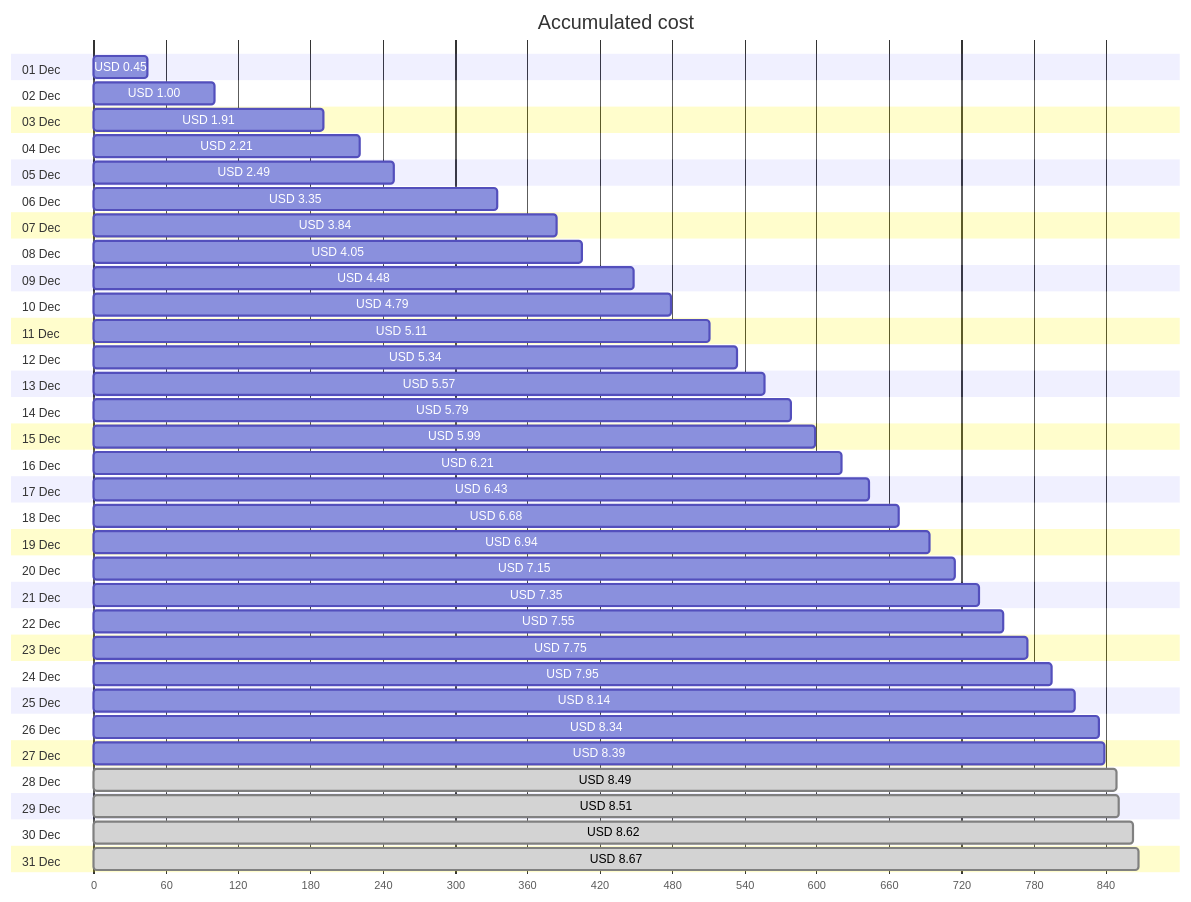
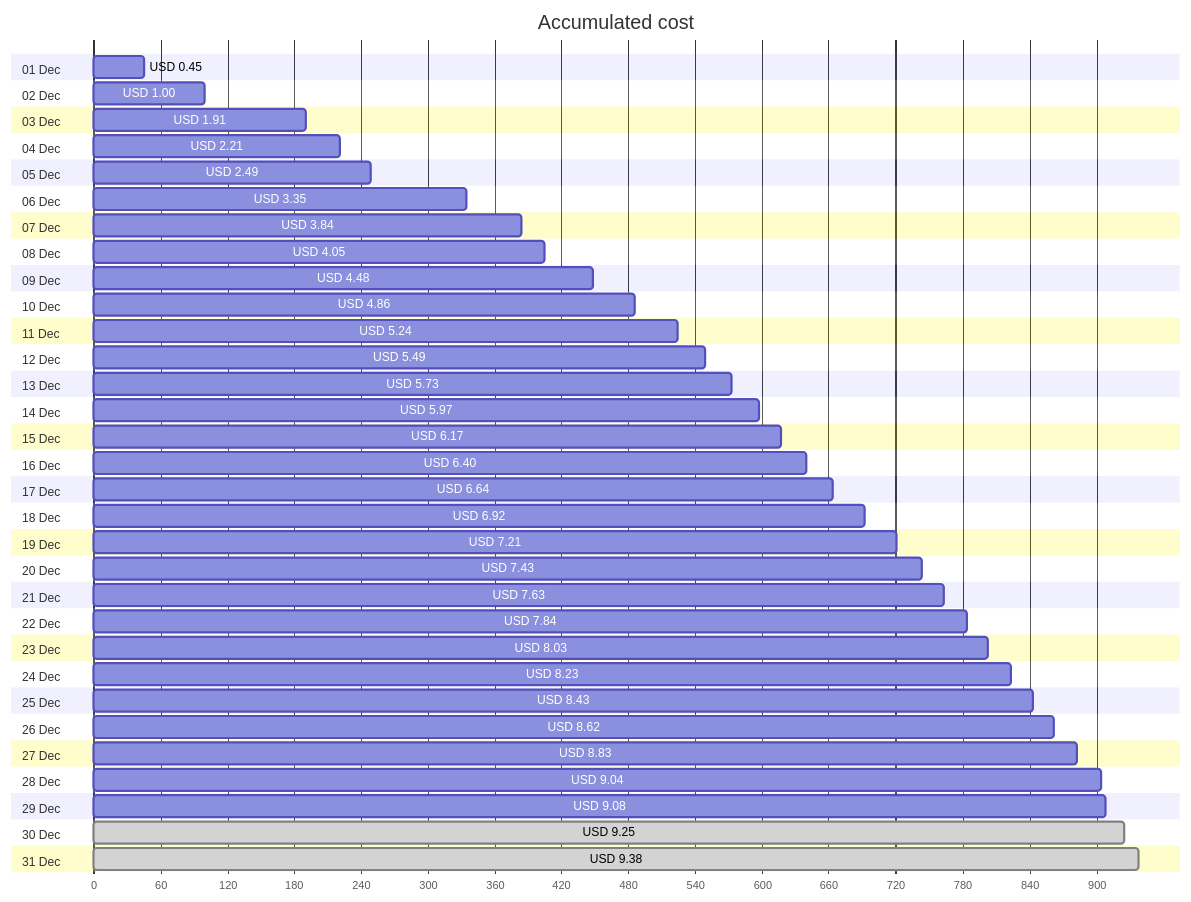
The first of 4 diagrams in cost-reports/personal-network/vpn-server.md (jpfulton/azure-personal-reports), drawn with Mermaid before and after one commit. The commit also changed other lines of this file and 8 other files, not shown here.

````diff
--- a/cost-reports/personal-network/vpn-server.md
+++ b/cost-reports/personal-network/vpn-server.md
@@ -20,68 +20,68 @@
 ```mermaid
 gantt
    title Accumulated cost
    dateFormat  X
    axisFormat %s
    section 01 Dec
    USD 0.45 :0, 45
    section 02 Dec
    USD 1.00 :0, 100
    section 03 Dec
    USD 1.91 :0, 191
    section 04 Dec
    USD 2.21 :0, 221
    section 05 Dec
    USD 2.49 :0, 249
    section 06 Dec
    USD 3.35 :0, 335
    section 07 Dec
    USD 3.84 :0, 384
    section 08 Dec
    USD 4.05 :0, 405
    section 09 Dec
    USD 4.48 :0, 448
    section 10 Dec
-   USD 4.79 :0, 479
+   USD 4.86 :0, 486
    section 11 Dec
-   USD 5.11 :0, 511
+   USD 5.24 :0, 524
    section 12 Dec
-   USD 5.34 :0, 534
+   USD 5.49 :0, 549
    section 13 Dec
-   USD 5.57 :0, 557
+   USD 5.73 :0, 573
    section 14 Dec
-   USD 5.79 :0, 579
+   USD 5.97 :0, 597
    section 15 Dec
-   USD 5.99 :0, 599
+   USD 6.17 :0, 617
    section 16 Dec
-   USD 6.21 :0, 621
+   USD 6.40 :0, 640
    section 17 Dec
-   USD 6.43 :0, 643
+   USD 6.64 :0, 664
    section 18 Dec
-   USD 6.68 :0, 668
+   USD 6.92 :0, 692
    section 19 Dec
-   USD 6.94 :0, 694
+   USD 7.21 :0, 721
    section 20 Dec
-   USD 7.15 :0, 715
+   USD 7.43 :0, 743
    section 21 Dec
-   USD 7.35 :0, 735
+   USD 7.63 :0, 763
    section 22 Dec
-   USD 7.55 :0, 755
+   USD 7.84 :0, 784
    section 23 Dec
-   USD 7.75 :0, 775
+   USD 8.03 :0, 803
    section 24 Dec
-   USD 7.95 :0, 795
+   USD 8.23 :0, 823
    section 25 Dec
-   USD 8.14 :0, 814
+   USD 8.43 :0, 843
    section 26 Dec
-   USD 8.34 :0, 834
+   USD 8.62 :0, 862
    section 27 Dec
-   USD 8.39 :0, 839
+   USD 8.83 :0, 883
    section 28 Dec
-   USD 8.49 : done, 0, 849
+   USD 9.04 :0, 904
    section 29 Dec
-   USD 8.51 : done, 0, 851
+   USD 9.08 :0, 908
    section 30 Dec
-   USD 8.62 : done, 0, 862
+   USD 9.25 : done, 0, 925
    section 31 Dec
-   USD 8.67 : done, 0, 867
+   USD 9.38 : done, 0, 938
 ```
````
